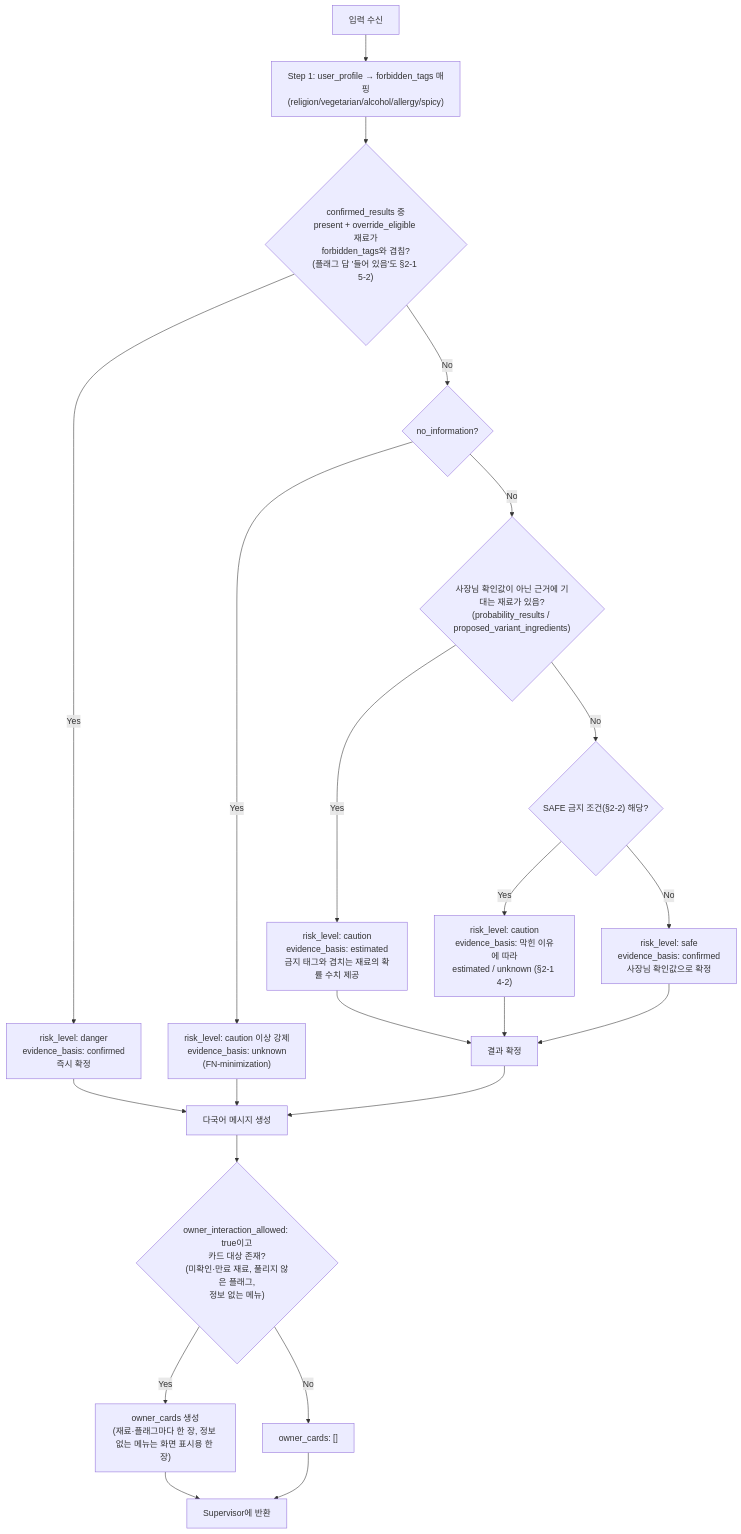
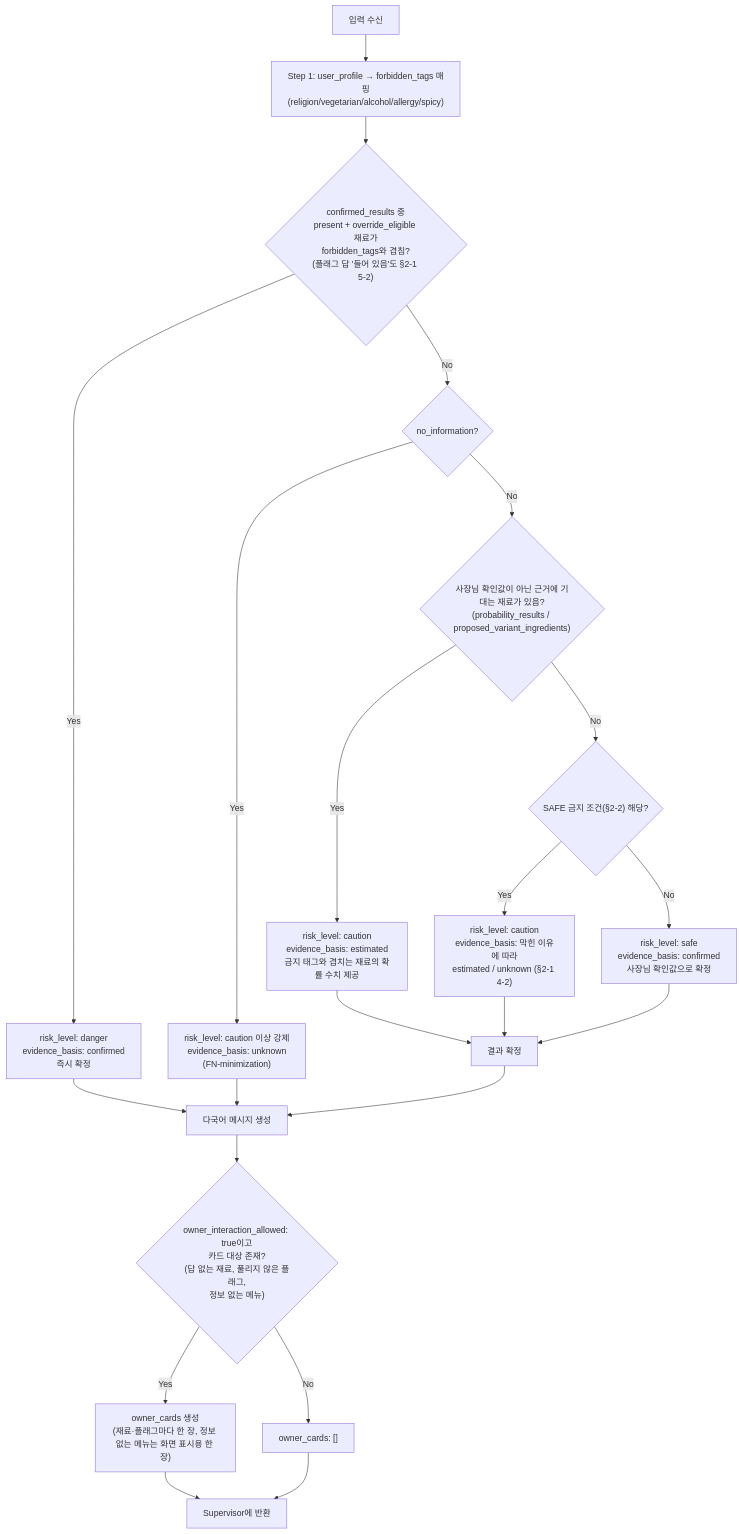
One commit to Han-Spoon/ai changed the diagram in docs/8-agent-xai.md. Above: the diagram before and after it, drawn with Mermaid. The commit also changed other lines of this file and 4 other files, not shown here.

````diff
--- a/docs/8-agent-xai.md
+++ b/docs/8-agent-xai.md
@@ -212,24 +195,24 @@
 ```mermaid
 flowchart TD
     IN["입력 수신"] --> P1["Step 1: user_profile → forbidden_tags 매핑\n(religion/vegetarian/alcohol/allergy/spicy)"]
     P1 --> P2{"confirmed_results 중\npresent + override_eligible 재료가\nforbidden_tags와 겹침?\n(플래그 답 '들어 있음'도 §2-1 5-2)"}
     P2 -->|Yes| DANGER["risk_level: danger\nevidence_basis: confirmed\n즉시 확정"]
     P2 -->|No| P3{no_information?}
     P3 -->|Yes| CAUTION1["risk_level: caution 이상 강제\nevidence_basis: unknown\n(FN-minimization)"]
     P3 -->|No| P4{"사장님 확인값이 아닌 근거에 기대는 재료가 있음?\n(probability_results / proposed_variant_ingredients)"}
     P4 -->|Yes| CAUTION2["risk_level: caution\nevidence_basis: estimated\n금지 태그와 겹치는 재료의 확률 수치 제공"]
     P4 -->|No| P5{"SAFE 금지 조건(§2-2) 해당?"}
     P5 -->|Yes| CAUTION3["risk_level: caution\nevidence_basis: 막힌 이유에 따라\nestimated / unknown (§2-1 4-2)"]
     P5 -->|No| SAFE["risk_level: safe\nevidence_basis: confirmed\n사장님 확인값으로 확정"]
     CAUTION2 --> P7[결과 확정]
     CAUTION3 --> P7
     SAFE --> P7
     P7 --> MSG["다국어 메시지 생성"]
     DANGER --> MSG
     CAUTION1 --> MSG
-    MSG --> OC{"owner_interaction_allowed: true이고\n카드 대상 존재?\n(미확인·만료 재료, 풀리지 않은 플래그,\n정보 없는 메뉴)"}
+    MSG --> OC{"owner_interaction_allowed: true이고\n카드 대상 존재?\n(답 없는 재료, 풀리지 않은 플래그,\n정보 없는 메뉴)"}
     OC -->|Yes| CARD["owner_cards 생성\n(재료·플래그마다 한 장, 정보 없는 메뉴는 화면 표시용 한 장)"]
     OC -->|No| DONE["owner_cards: []"]
     CARD --> OUT[Supervisor에 반환]
     DONE --> OUT
 ```
````
